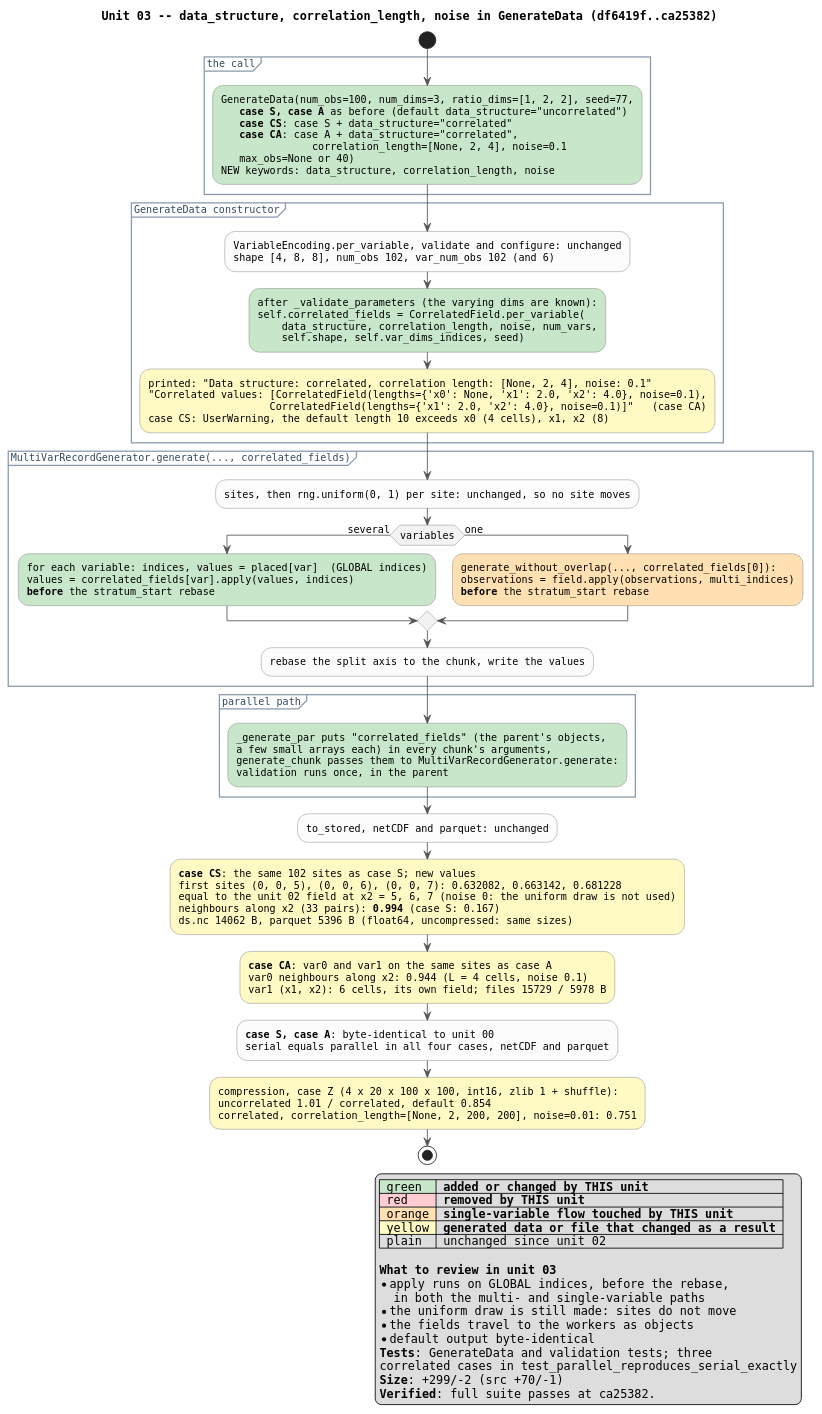
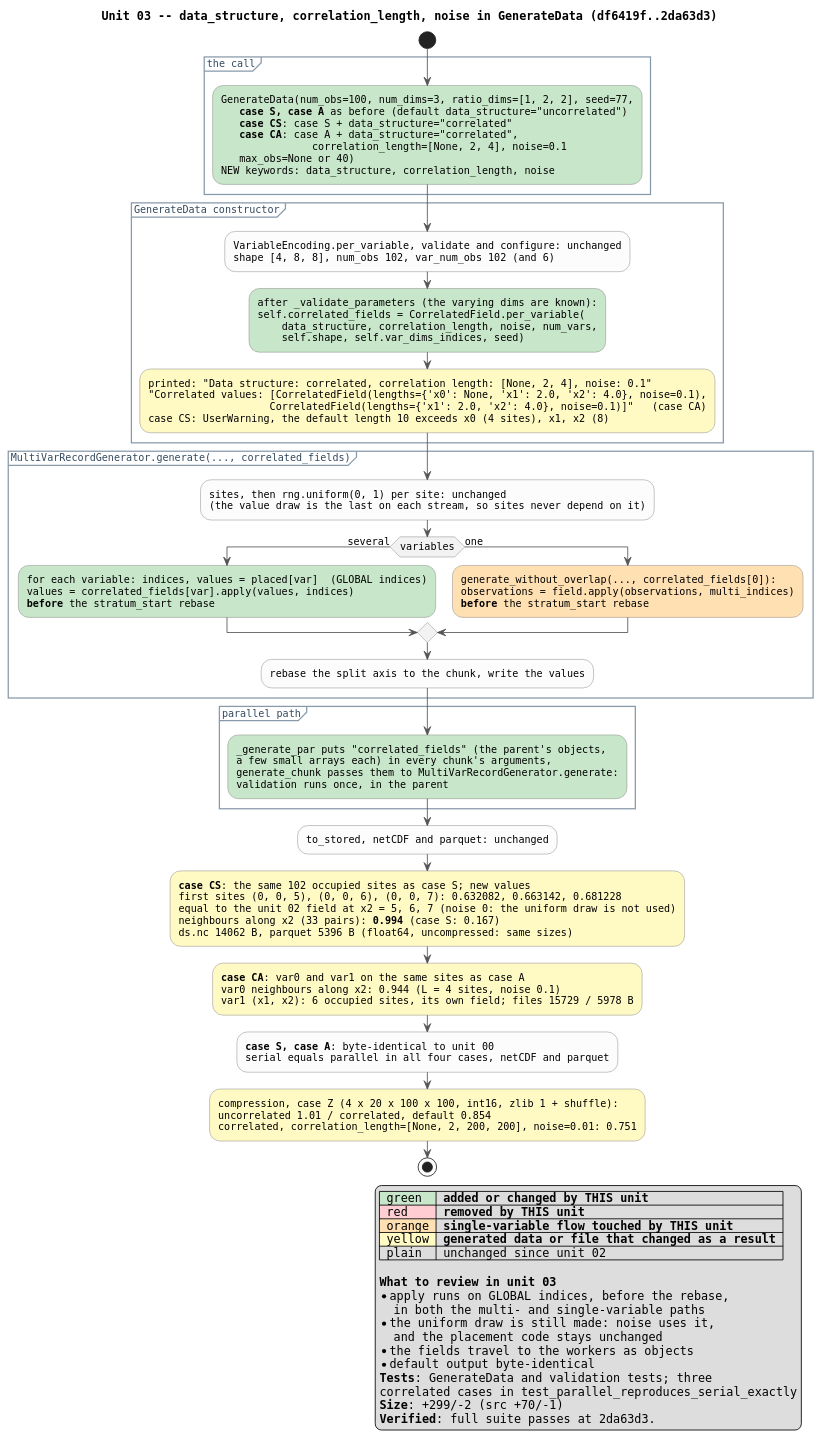
Before and after one commit to boom-lab/tabray: the diagram in docs/review_correlated_03_wiring.puml, drawn with PlantUML. The commit also changed 11 other files, not shown here.

```diff
--- a/docs/review_correlated_03_wiring.puml
+++ b/docs/review_correlated_03_wiring.puml
@@ -1,114 +1,116 @@
 @startuml review_correlated_03_wiring
 ' Review unit 03 of 04 -- see docs/review_correlated.md for the series.
-' State AFTER commit ca25382 (src +70/-1, tests +229/-1).
-' Every number below is from a run of the cases at commit ca25382.
+' State AFTER commit 2da63d3 (src +70/-1, tests +229/-1).
+' Every number below is from a run of the cases at commit 2da63d3.
 ' Render: plantuml -tsvg docs/review_correlated_03_wiring.puml
 
-title Unit 03 -- data_structure, correlation_length, noise in GenerateData (df6419f..ca25382)
+title Unit 03 -- data_structure, correlation_length, noise in GenerateData (df6419f..2da63d3)
 
 skinparam shadowing false
 skinparam defaultFontName Monospaced
 skinparam defaultFontSize 12
 skinparam ArrowColor #555555
 skinparam activity {
   BackgroundColor #FCFCFC
   BorderColor #777777
   DiamondBackgroundColor #F2F2F2
   DiamondBorderColor #777777
 }
 skinparam partition {
   BorderColor #8899AA
   FontColor #33495E
 }
 skinparam note {
   BackgroundColor #FFFDF0
   BorderColor #C8C08A
 }
 
 start
 
 partition "the call" {
   #C8E6C9:GenerateData(num_obs=100, num_dims=3, ratio_dims=[1, 2, 2], seed=77,
      <b>case S, case A</b> as before (default data_structure="uncorrelated")
      <b>case CS</b>: case S + data_structure="correlated"
      <b>case CA</b>: case A + data_structure="correlated",
                  correlation_length=[None, 2, 4], noise=0.1
      max_obs=None or 40)
   NEW keywords: data_structure, correlation_length, noise;
 }
 
 partition "GenerateData constructor" {
   :VariableEncoding.per_variable, validate and configure: unchanged
   shape [4, 8, 8], num_obs 102, var_num_obs 102 (and 6);
   #C8E6C9:after _validate_parameters (the varying dims are known):
   self.correlated_fields = CorrelatedField.per_variable(
       data_structure, correlation_length, noise, num_vars,
       self.shape, self.var_dims_indices, seed);
   #FFF9C4:printed: "Data structure: correlated, correlation length: [None, 2, 4], noise: 0.1"
   "Correlated values: [CorrelatedField(lengths={'x0': None, 'x1': 2.0, 'x2': 4.0}, noise=0.1),
                       CorrelatedField(lengths={'x1': 2.0, 'x2': 4.0}, noise=0.1)]"   (case CA)
-  case CS: UserWarning, the default length 10 exceeds x0 (4 cells), x1, x2 (8);
+  case CS: UserWarning, the default length 10 exceeds x0 (4 sites), x1, x2 (8);
 }
 
 partition "MultiVarRecordGenerator.generate(..., correlated_fields)" {
-  :sites, then rng.uniform(0, 1) per site: unchanged, so no site moves;
+  :sites, then rng.uniform(0, 1) per site: unchanged
+  (the value draw is the last on each stream, so sites never depend on it);
   if (variables) then (several)
     #C8E6C9:for each variable: indices, values = placed[var]  (GLOBAL indices)
     values = correlated_fields[var].apply(values, indices)
     <b>before</b> the stratum_start rebase;
   else (one)
     #FFE0B2:generate_without_overlap(..., correlated_fields[0]):
     observations = field.apply(observations, multi_indices)
     <b>before</b> the stratum_start rebase;
   endif
   :rebase the split axis to the chunk, write the values;
 }
 
 partition "parallel path" {
   #C8E6C9:_generate_par puts "correlated_fields" (the parent's objects,
   a few small arrays each) in every chunk's arguments,
   generate_chunk passes them to MultiVarRecordGenerator.generate:
   validation runs once, in the parent;
 }
 
 :to_stored, netCDF and parquet: unchanged;
 
-#FFF9C4:<b>case CS</b>: the same 102 sites as case S; new values
+#FFF9C4:<b>case CS</b>: the same 102 occupied sites as case S; new values
 first sites (0, 0, 5), (0, 0, 6), (0, 0, 7): 0.632082, 0.663142, 0.681228
 equal to the unit 02 field at x2 = 5, 6, 7 (noise 0: the uniform draw is not used)
 neighbours along x2 (33 pairs): <b>0.994</b> (case S: 0.167)
 ds.nc 14062 B, parquet 5396 B (float64, uncompressed: same sizes);
 
 #FFF9C4:<b>case CA</b>: var0 and var1 on the same sites as case A
-var0 neighbours along x2: 0.944 (L = 4 cells, noise 0.1)
-var1 (x1, x2): 6 cells, its own field; files 15729 / 5978 B;
+var0 neighbours along x2: 0.944 (L = 4 sites, noise 0.1)
+var1 (x1, x2): 6 occupied sites, its own field; files 15729 / 5978 B;
 
 :<b>case S, case A</b>: byte-identical to unit 00
 serial equals parallel in all four cases, netCDF and parquet;
 
 #FFF9C4:compression, case Z (4 x 20 x 100 x 100, int16, zlib 1 + shuffle):
 uncorrelated 1.01 / correlated, default 0.854
 correlated, correlation_length=[None, 2, 200, 200], noise=0.01: 0.751;
 
 stop
 
 legend right
   |<#C8E6C9> green |= added or changed by THIS unit |
   |<#FFCDD2> red |= removed by THIS unit |
   |<#FFE0B2> orange |= single-variable flow touched by THIS unit |
   |<#FFF9C4> yellow |= generated data or file that changed as a result |
   | plain | unchanged since unit 02 |
 
   <b>What to review in unit 03</b>
   * apply runs on GLOBAL indices, before the rebase,
     in both the multi- and single-variable paths
-  * the uniform draw is still made: sites do not move
+  * the uniform draw is still made: noise uses it,
+    and the placement code stays unchanged
   * the fields travel to the workers as objects
   * default output byte-identical
   <b>Tests</b>: GenerateData and validation tests; three
   correlated cases in test_parallel_reproduces_serial_exactly
   <b>Size</b>: +299/-2 (src +70/-1)
-  <b>Verified</b>: full suite passes at ca25382.
+  <b>Verified</b>: full suite passes at 2da63d3.
 end legend
 
 @enduml
```
